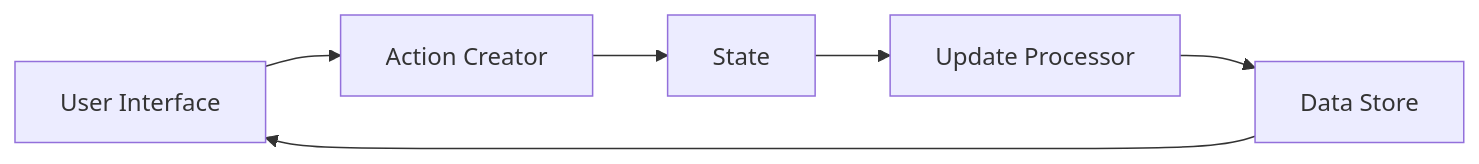
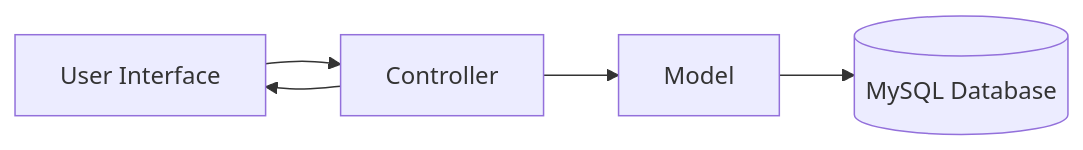
One commit to hermesthecat/odeme_takip changed the second of 4 diagrams in memory-bank/systemPatterns.md. Above: the diagram before and after it, drawn with Mermaid. The commit also changed other lines of this file and 5 other files, not shown here.

Commit message:
Refactor project documentation to reflect transition from PWA to PHP/MySQL architecture, update core functionality, and enhance user authentication details.

````diff
--- a/memory-bank/systemPatterns.md
+++ b/memory-bank/systemPatterns.md
@@ -96,8 +68,7 @@
 ```mermaid
 graph LR
-    UI[User Interface] --> AC[Action Creator]
-    AC --> ST[State]
-    ST --> UP[Update Processor]
-    UP --> DS[Data Store]
-    DS --> UI
+    UI[User Interface] --> C[Controller]
+    C --> M[Model]
+    M --> DB[(MySQL Database)]
+    C --> UI
 ```
````
